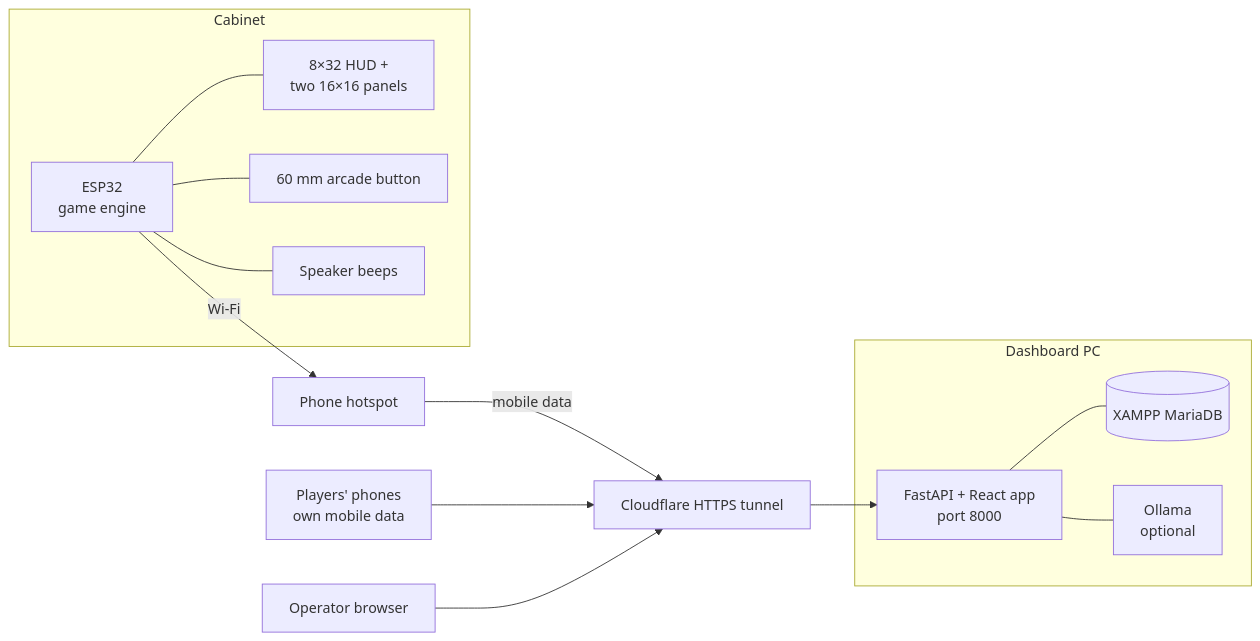
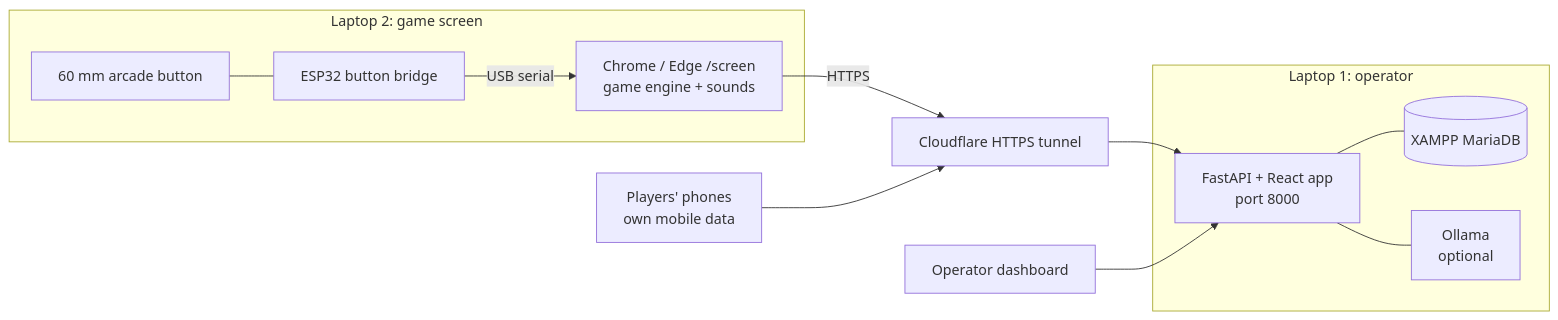
The diagram in README.md (BlackRose-26/iot-dashboard), drawn with Mermaid before and after one commit. The commit also changed other lines of this file and 65 other files, not shown here.

````diff
--- a/README.md
+++ b/README.md
@@ -41,16 +41,16 @@
 ```mermaid
 flowchart LR
-    subgraph Cabinet
-        ESP[ESP32<br/>game engine] --- LED[8×32 HUD +<br/>two 16×16 panels]
-        ESP --- BTN[60 mm arcade button]
-        ESP --- SPK[Speaker beeps]
+    subgraph Screen[Laptop 2: game screen]
+        GAME[Chrome / Edge /screen<br/>game engine + sounds]
+        ESP[ESP32 button bridge] -- USB serial --> GAME
+        BTN[60 mm arcade button] --- ESP
     end
-    subgraph PC[Dashboard PC]
+    subgraph PC[Laptop 1: operator]
         API[FastAPI + React app<br/>port 8000] --- DB[(XAMPP MariaDB)]
         API --- AI[Ollama<br/>optional]
     end
-    ESP -- Wi-Fi --> HOT[Phone hotspot] -- mobile data --> CF[Cloudflare HTTPS tunnel]
+    GAME -- HTTPS --> CF[Cloudflare HTTPS tunnel]
     PHONES[Players' phones<br/>own mobile data] --> CF
     CF --> API
-    OPS[Operator browser] --> CF
+    OPS[Operator dashboard] --> API
 ```
````
